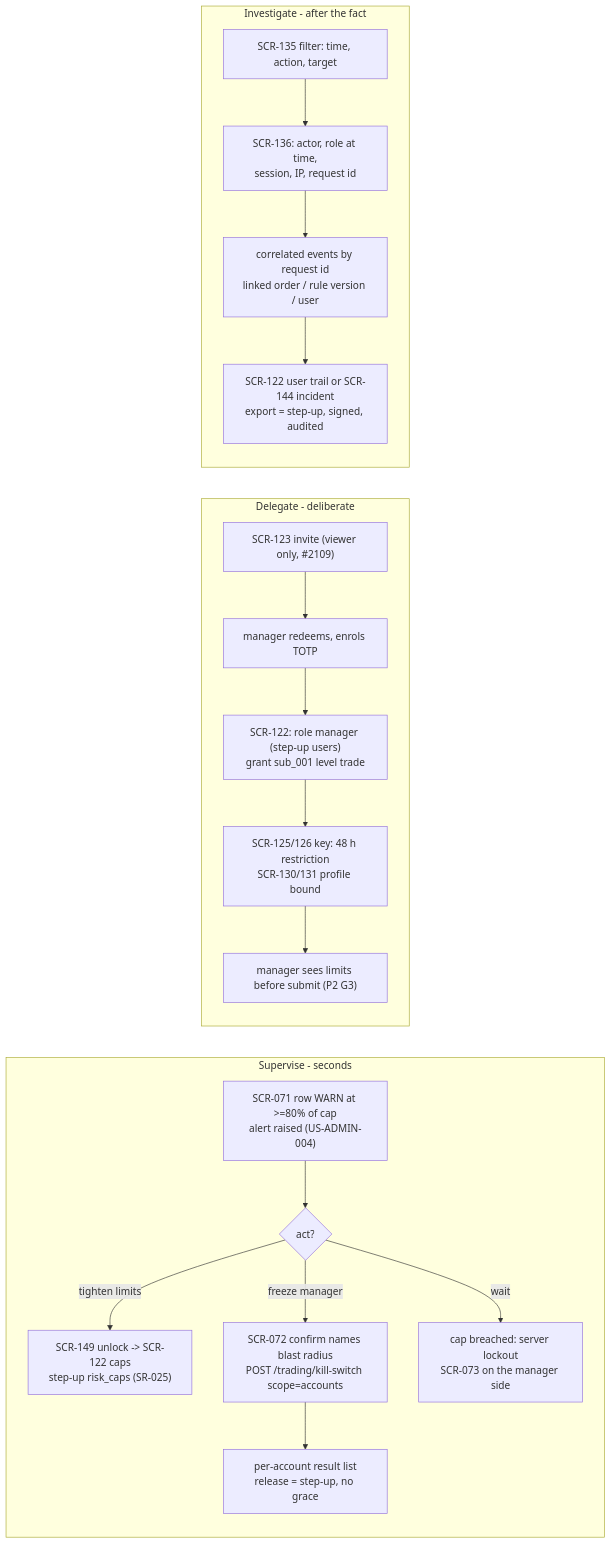
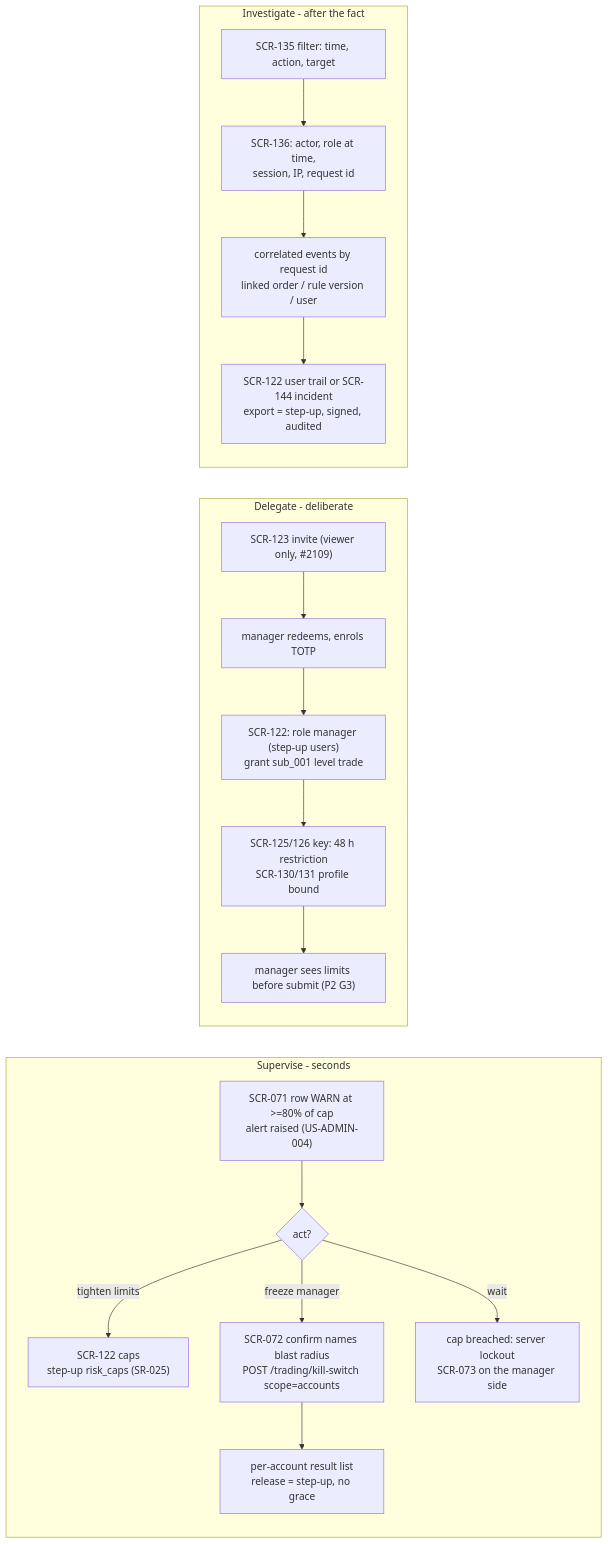
Before and after one commit to CandleViewer/CandleViewer: the first of 2 diagrams in docs/design/research/e42-admin.md, drawn with Mermaid. The commit also changed other lines of this file, not shown here.

````diff
--- a/docs/design/research/e42-admin.md
+++ b/docs/design/research/e42-admin.md
@@ -182,21 +196,21 @@
 ```mermaid
 flowchart LR
   subgraph S["Supervise - seconds"]
     S1["SCR-071 row WARN at >=80% of cap<br/>alert raised (US-ADMIN-004)"] --> S2{"act?"}
-    S2 -->|"tighten limits"| S3["SCR-149 unlock -> SCR-122 caps<br/>step-up risk_caps (SR-025)"]
+    S2 -->|"tighten limits"| S3["SCR-122 caps<br/>step-up risk_caps (SR-025)"]
     S2 -->|"freeze manager"| S4["SCR-072 confirm names blast radius<br/>POST /trading/kill-switch scope=accounts"]
     S2 -->|"wait"| S5["cap breached: server lockout<br/>SCR-073 on the manager side"]
     S4 --> S6["per-account result list<br/>release = step-up, no grace"]
   end
   subgraph D["Delegate - deliberate"]
     D1["SCR-123 invite (viewer only, #2109)"] --> D2["manager redeems, enrols TOTP"]
     D2 --> D3["SCR-122: role manager (step-up users)<br/>grant sub_001 level trade"]
     D3 --> D4["SCR-125/126 key: 48 h restriction<br/>SCR-130/131 profile bound"]
     D4 --> D5["manager sees limits before submit (P2 G3)"]
   end
   subgraph I["Investigate - after the fact"]
     I1["SCR-135 filter: time, action, target"] --> I2["SCR-136: actor, role at time,<br/>session, IP, request id"]
     I2 --> I3["correlated events by request id<br/>linked order / rule version / user"]
     I3 --> I4["SCR-122 user trail or SCR-144 incident<br/>export = step-up, signed, audited"]
   end
 ```
````
